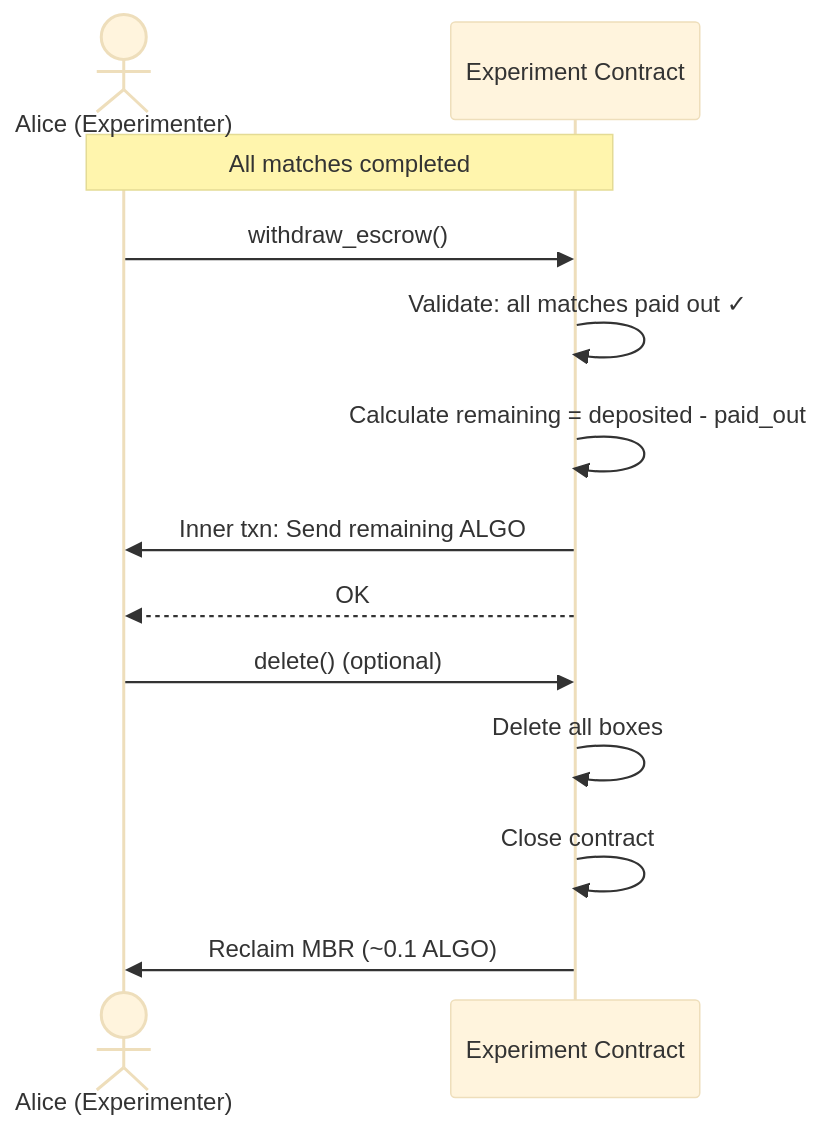
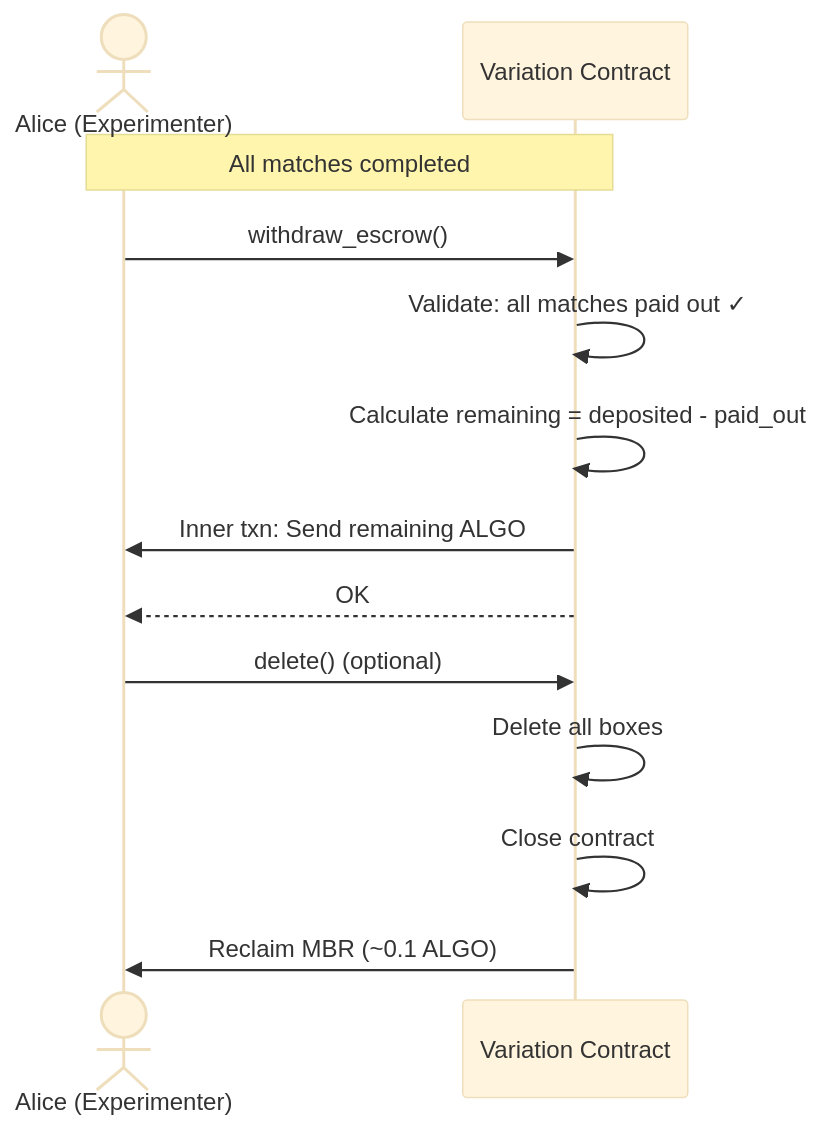
Before and after one commit to Open-Science-Blockchain-Economics/bx-hive: the seventh of 10 diagrams in docs/smart-contract-architecture.md, drawn with Mermaid (base theme). The commit also changed other lines of this file, not shown here.

````diff
--- a/docs/smart-contract-architecture.md
+++ b/docs/smart-contract-architecture.md
@@ -434,18 +466,18 @@
 ```mermaid
 sequenceDiagram
     actor Alice as Alice (Experimenter)
-    participant E as Experiment Contract
+    participant V as Variation Contract
 
-    Note over Alice,E: All matches completed
+    Note over Alice,V: All matches completed
 
-    Alice->>E: withdraw_escrow()
-    E->>E: Validate: all matches paid out ✓
-    E->>E: Calculate remaining = deposited - paid_out
-    E->>Alice: Inner txn: Send remaining ALGO
-    E-->>Alice: OK
+    Alice->>V: withdraw_escrow()
+    V->>V: Validate: all matches paid out ✓
+    V->>V: Calculate remaining = deposited - paid_out
+    V->>Alice: Inner txn: Send remaining ALGO
+    V-->>Alice: OK
 
-    Alice->>E: delete() (optional)
-    E->>E: Delete all boxes
-    E->>E: Close contract
-    E->>Alice: Reclaim MBR (~0.1 ALGO)
+    Alice->>V: delete() (optional)
+    V->>V: Delete all boxes
+    V->>V: Close contract
+    V->>Alice: Reclaim MBR (~0.1 ALGO)
 ```
````
